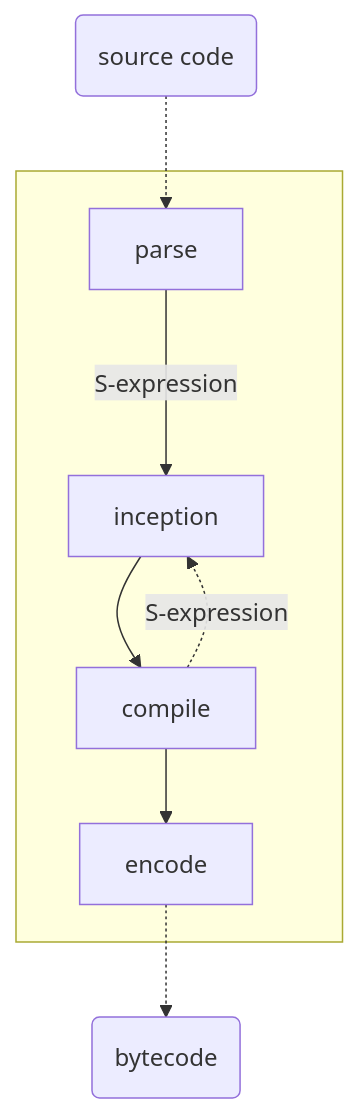
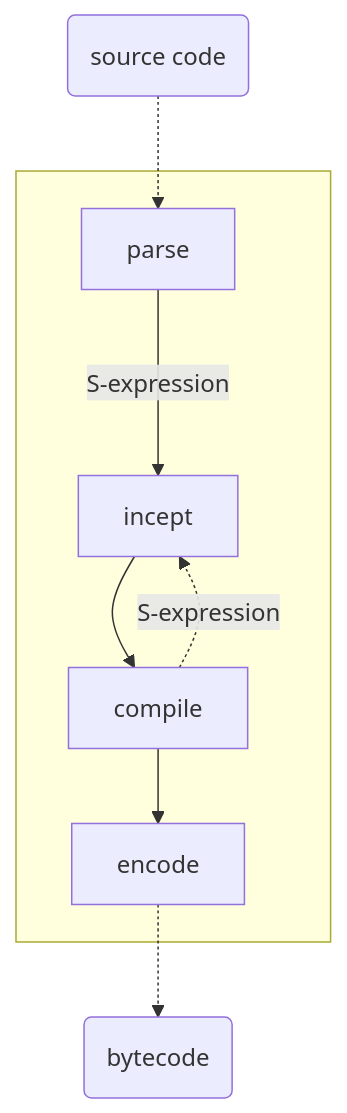
The diagram in slides/papers/stak-scheme/eval.mmd (raviqqe/doc), drawn with Mermaid before and after one commit. The commit also changed 1 other file, not shown here.

```diff
--- a/slides/papers/stak-scheme/eval.mmd
+++ b/slides/papers/stak-scheme/eval.mmd
@@ -1,12 +1,12 @@
 flowchart
   d0(source code) -.-> c1
 
   subgraph s0[ ]
-    c1[parse] --->|S-expression| c2[inception] --> c3[compile]
+    c1[parse] --->|S-expression| c2[incept] --> c3[compile]
 
     c3 -.->|S-expression| c2
 
     c3 --> c4[encode]
   end
 
   c4 -.-> d1(bytecode)
```
